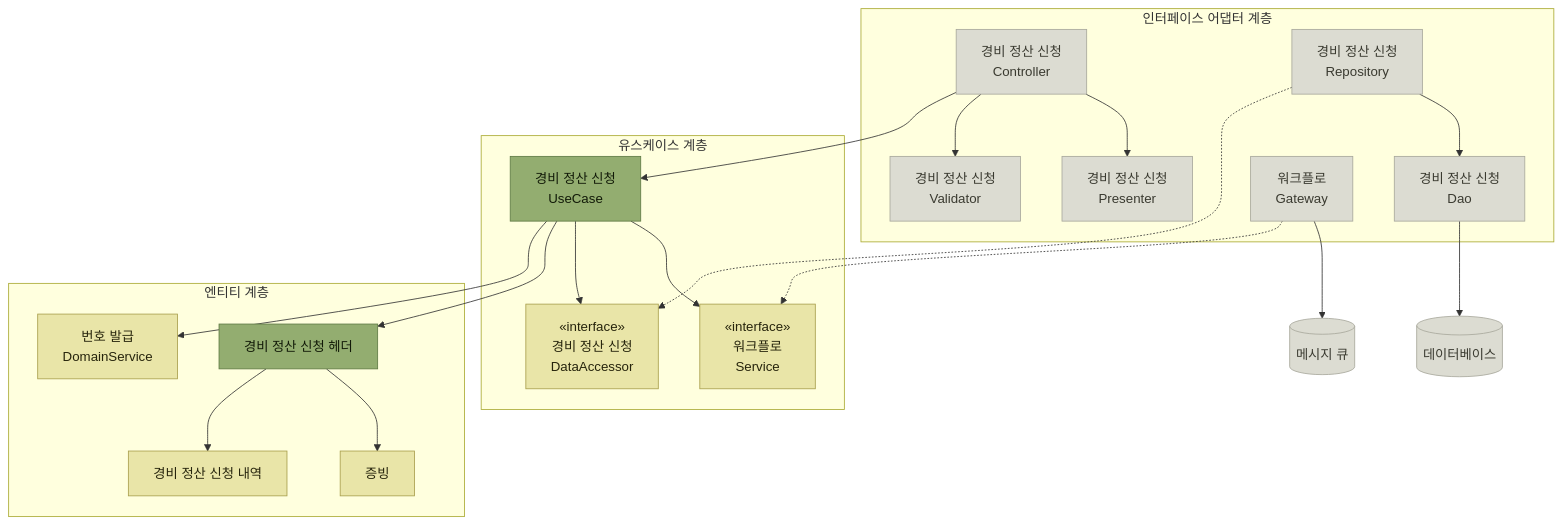
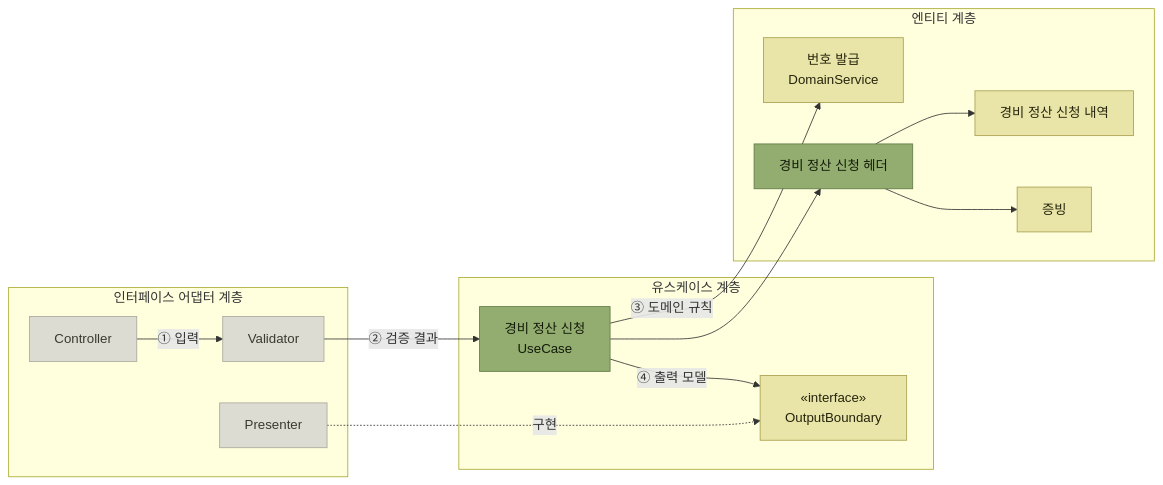
The second of 4 diagrams in books/아키텍트-첫걸음/4-아키텍처-구현/3-유스케이스-중심의-아키텍처-구현.md (devholic22/logistics-backend-study), drawn with Mermaid before and after one commit. The commit also changed other lines of this file and 4 other files, not shown here.

Commit message:
docs: address architecture implementation review

````diff
--- a/books/아키텍트-첫걸음/4-아키텍처-구현/3-유스케이스-중심의-아키텍처-구현.md
+++ b/books/아키텍트-첫걸음/4-아키텍처-구현/3-유스케이스-중심의-아키텍처-구현.md
@@ -100,50 +100,37 @@
 ```mermaid
-flowchart TB
-%% lint: layout   클린 아키텍처의 동심원 일부를 확대한 컴포넌트 배치도다
+flowchart LR
+%% lint: layout   입력에서 유스케이스와 엔티티를 거쳐 출력 경계로 이어지는 핵심 경로다
     subgraph IA["인터페이스 어댑터 계층"]
-        CTRL["경비 정산 신청<br/>Controller"]
-        VAL["경비 정산 신청<br/>Validator"]
-        PRES["경비 정산 신청<br/>Presenter"]
-        DAO["경비 정산 신청<br/>Dao"]
-        REPO["경비 정산 신청<br/>Repository"]
-        GW["워크플로<br/>Gateway"]
+        CTRL["Controller"]
+        VAL["Validator"]
+        PRES["Presenter"]
     end
 
     subgraph UCL["유스케이스 계층"]
         UC["경비 정산 신청<br/>UseCase"]
-        DA["«interface»<br/>경비 정산 신청<br/>DataAccessor"]
-        WFS["«interface»<br/>워크플로<br/>Service"]
+        OUT["«interface»<br/>OutputBoundary"]
     end
 
     subgraph ENT["엔티티 계층"]
         NUM["번호 발급<br/>DomainService"]
         HDR["경비 정산 신청 헤더"]
         DTL["경비 정산 신청 내역"]
         EVD["증빙"]
     end
 
-    DB[("데이터베이스")]
-    MQ[("메시지 큐")]
-
-    CTRL --> UC
-    CTRL --> VAL
-    CTRL --> PRES
-    UC --> NUM
+    CTRL -- "① 입력" --> VAL
+    VAL -- "② 검증 결과" --> UC
+    UC -- "③ 도메인 규칙" --> NUM
     UC --> HDR
     HDR --> DTL
     HDR --> EVD
-    UC --> DA
-    UC --> WFS
-    REPO -.-> DA
-    GW -.-> WFS
-    REPO --> DAO
-    DAO --> DB
-    GW --> MQ
+    UC -- "④ 출력 모델" --> OUT
+    PRES -. "구현" .-> OUT
 
     classDef core fill:#93ad70,stroke:#5f7a44,color:#121a08
     classDef sys fill:#e9e5a8,stroke:#a99f4d,color:#26240c
     classDef muted fill:#dcdcd2,stroke:#a8a89c,color:#3a3a30
     class UC,HDR core
-    class DA,WFS,NUM,DTL,EVD sys
-    class CTRL,VAL,PRES,DAO,REPO,GW,DB,MQ muted
+    class OUT,NUM,DTL,EVD sys
+    class CTRL,VAL,PRES muted
 ```
````
